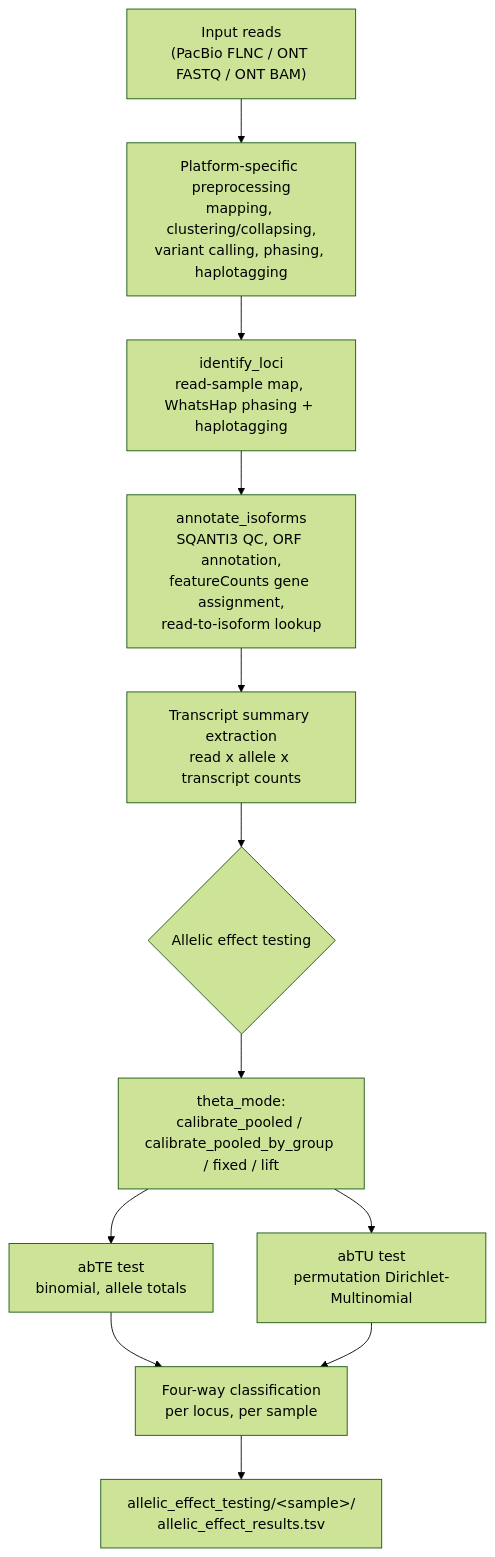
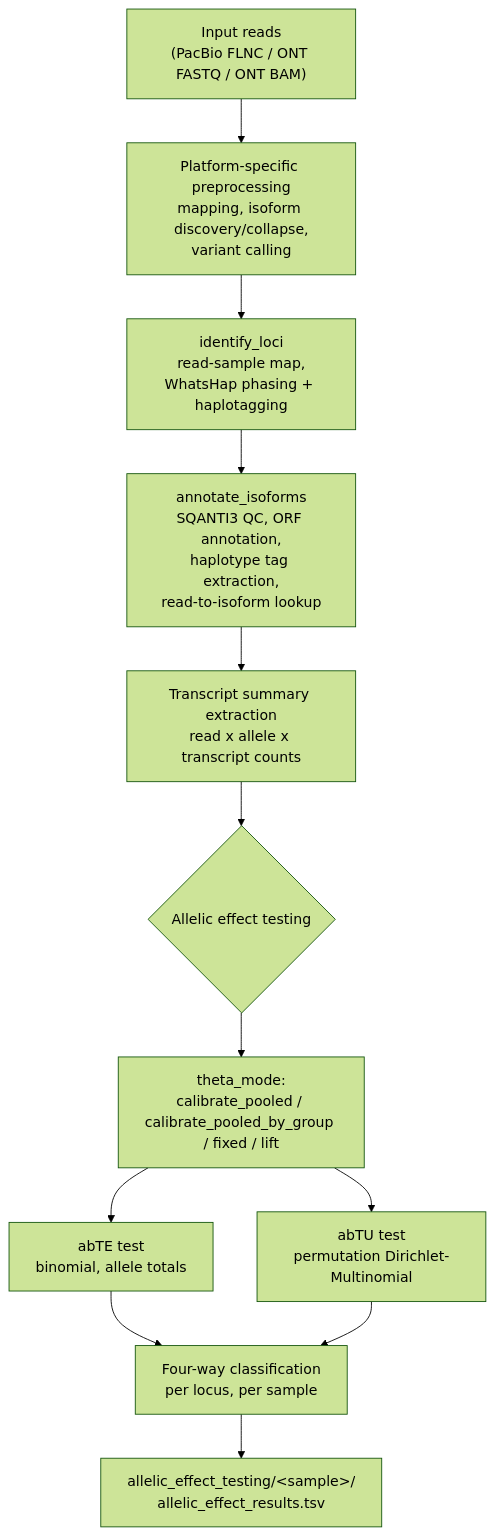
Before and after one commit to MacphersonHannah/LASER-1.1: the diagram in README.md, drawn with Mermaid (forest theme).

Commit message:
Update README.md
mermaid update

````diff
--- a/README.md
+++ b/README.md
@@ -11,14 +11,14 @@
 ```mermaid
 flowchart TD
-    A["Input reads\n(PacBio FLNC / ONT FASTQ / ONT BAM)"] --> B[Platform-specific preprocessing\nmapping, clustering/collapsing,\nvariant calling, phasing, haplotagging]
-    B --> C[identify_loci\nread-sample map, WhatsHap phasing + haplotagging]
-    C --> D[annotate_isoforms\nSQANTI3 QC, ORF annotation,\nfeatureCounts gene assignment,\nread-to-isoform lookup]
-    D --> E[Transcript summary extraction\nread x allele x transcript counts]
-    E --> F{Allelic effect testing}
-    F --> G["theta_mode:\ncalibrate_pooled / calibrate_pooled_by_group / fixed / lift"]
-    G --> H[abTE test\nbinomial, allele totals]
-    G --> I[abTU test\npermutation Dirichlet-Multinomial]
-    H --> J[Four-way classification\nper locus, per sample]
+    A["Input reads<br/>(PacBio FLNC / ONT FASTQ / ONT BAM)"] --> B["Platform-specific preprocessing<br/>mapping, isoform discovery/collapse,<br/>variant calling"]
+    B --> C["identify_loci<br/>read-sample map,<br/>WhatsHap phasing + haplotagging"]
+    C --> D["annotate_isoforms<br/>SQANTI3 QC, ORF annotation,<br/>haplotype tag extraction,<br/>read-to-isoform lookup"]
+    D --> E["Transcript summary extraction<br/>read x allele x transcript counts"]
+    E --> F{"Allelic effect testing"}
+    F --> G["theta_mode:<br/>calibrate_pooled / calibrate_pooled_by_group / fixed / lift"]
+    G --> H["abTE test<br/>binomial, allele totals"]
+    G --> I["abTU test<br/>permutation Dirichlet-Multinomial"]
+    H --> J["Four-way classification<br/>per locus, per sample"]
     I --> J
-    J --> K["allelic_effect_testing/&lt;sample&gt;/\nallelic_effect_results.tsv"]
+    J --> K["allelic_effect_testing/&lt;sample&gt;/<br/>allelic_effect_results.tsv"]
 ```
````
